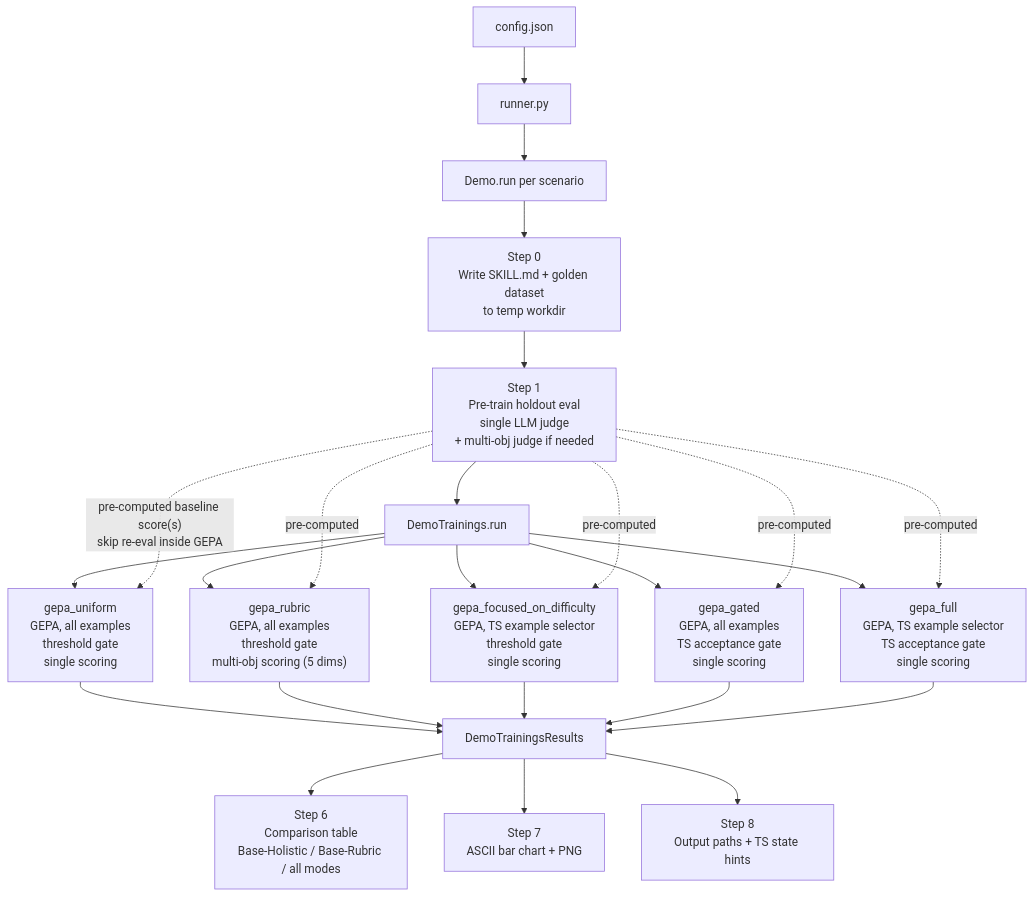
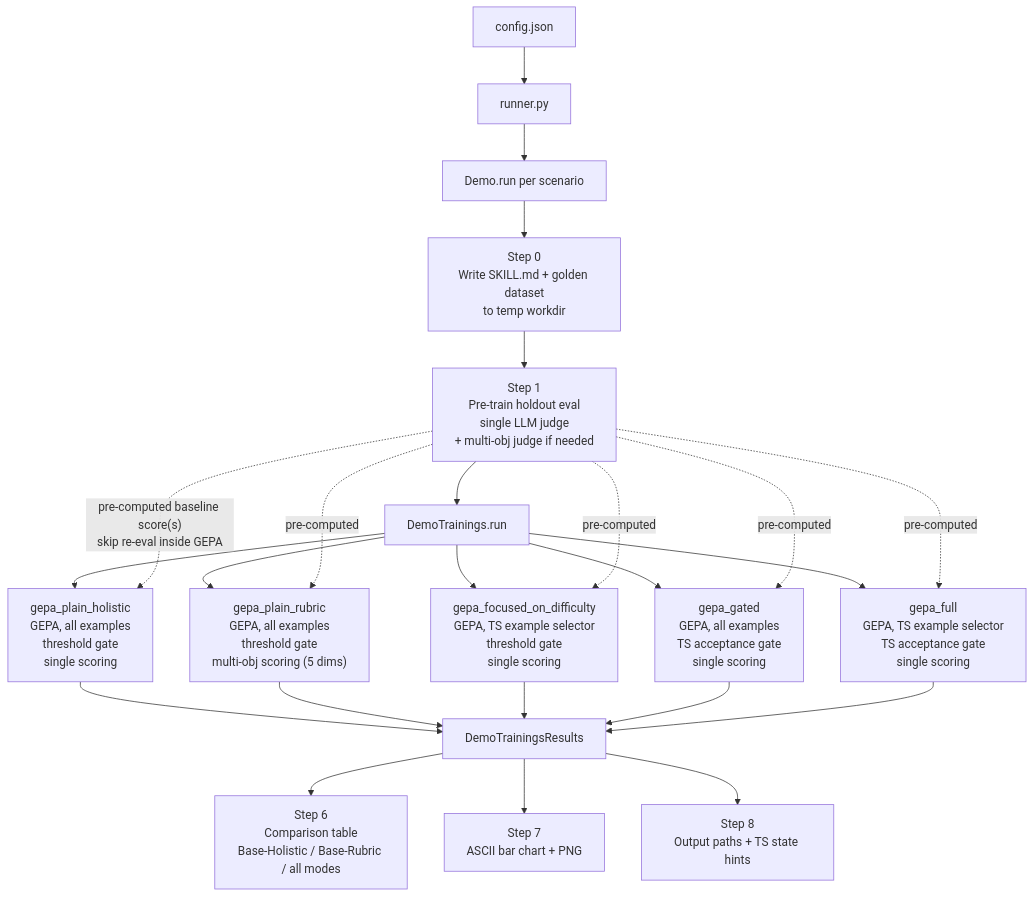
The first of 5 diagrams in examples/agent_evolving_hermes/offline/offline_05_thompson_vs_baseline/README.md (michaelatamuk/openjiuwen-agent-core), drawn with Mermaid before and after one commit. The commit also changed other lines of this file and 20 other files, not shown here.

````diff
--- a/examples/agent_evolving_hermes/offline/offline_05_thompson_vs_baseline/README.md
+++ b/examples/agent_evolving_hermes/offline/offline_05_thompson_vs_baseline/README.md
@@ -149,28 +149,28 @@
 ```mermaid
 flowchart TD
     CFG[config.json] --> RUN[runner.py]
     RUN --> DEMO[Demo.run per scenario]
 
     DEMO --> S0[Step 0\nWrite SKILL.md + golden dataset\nto temp workdir]
     S0   --> S1[Step 1\nPre-train holdout eval\nsingle LLM judge\n+ multi-obj judge if needed]
 
     S1   --> TR[DemoTrainings.run]
 
-    TR   --> M1["gepa_uniform\nGEPA, all examples\nthreshold gate\nsingle scoring"]
-    TR   --> M2["gepa_rubric\nGEPA, all examples\nthreshold gate\nmulti-obj scoring (5 dims)"]
+    TR   --> M1["gepa_plain_holistic\nGEPA, all examples\nthreshold gate\nsingle scoring"]
+    TR   --> M2["gepa_plain_rubric\nGEPA, all examples\nthreshold gate\nmulti-obj scoring (5 dims)"]
     TR   --> M3["gepa_focused_on_difficulty\nGEPA, TS example selector\nthreshold gate\nsingle scoring"]
     TR   --> M4["gepa_gated\nGEPA, all examples\nTS acceptance gate\nsingle scoring"]
     TR   --> M5["gepa_full\nGEPA, TS example selector\nTS acceptance gate\nsingle scoring"]
 
     M1 & M2 & M3 & M4 & M5 --> RES[DemoTrainingsResults]
 
     RES --> S6[Step 6\nComparison table\nBase-Holistic / Base-Rubric / all modes]
     RES --> S7[Step 7\nASCII bar chart + PNG]
     RES --> S8[Step 8\nOutput paths + TS state hints]
 
     S1 -. "pre-computed baseline score(s)\nskip re-eval inside GEPA" .-> M1
     S1 -. pre-computed .-> M2
     S1 -. pre-computed .-> M3
     S1 -. pre-computed .-> M4
     S1 -. pre-computed .-> M5
 ```
````
